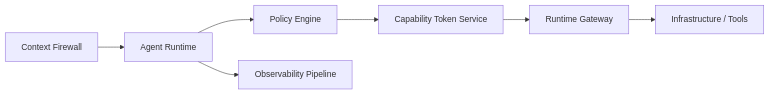
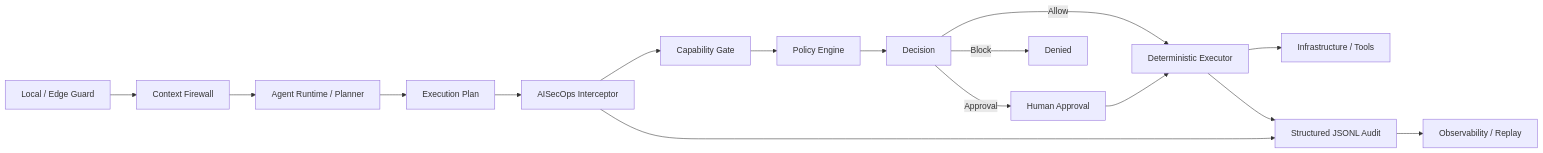
Before and after one commit to viplavfauzdar/aisecops-site: the third of 6 diagrams in src/content/whitepapers/aisecops-v0.1.md, drawn with Mermaid. The commit also changed other lines of this file and 7 other files, not shown here.

````diff
--- a/src/content/whitepapers/aisecops-v0.1.md
+++ b/src/content/whitepapers/aisecops-v0.1.md
@@ -344,9 +389,18 @@
 ```mermaid
 flowchart LR
-  CF[Context Firewall] --> AR[Agent Runtime]
-  AR --> PE[Policy Engine]
-  PE --> CTS[Capability Token Service]
-  CTS --> RG[Runtime Gateway]
-  RG --> INF[Infrastructure / Tools]
-  AR --> OBS[Observability Pipeline]
+  LOCAL[Local / Edge Guard] --> CF[Context Firewall]
+  CF --> AR[Agent Runtime / Planner]
+  AR --> PLAN[Execution Plan]
+  PLAN --> INT[AISecOps Interceptor]
+  INT --> CAP[Capability Gate]
+  CAP --> PE[Policy Engine]
+  PE --> DEC[Decision]
+  DEC -->|Allow| EXE[Deterministic Executor]
+  DEC -->|Block| DENY[Denied]
+  DEC -->|Approval| HITL[Human Approval]
+  HITL --> EXE
+  EXE --> INF[Infrastructure / Tools]
+  INT --> AUDIT[Structured JSONL Audit]
+  EXE --> AUDIT
+  AUDIT --> OBS[Observability / Replay]
 ```
````
